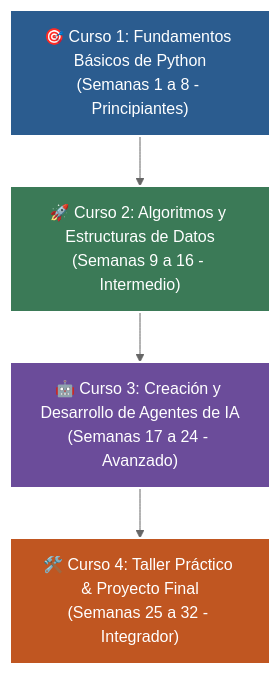
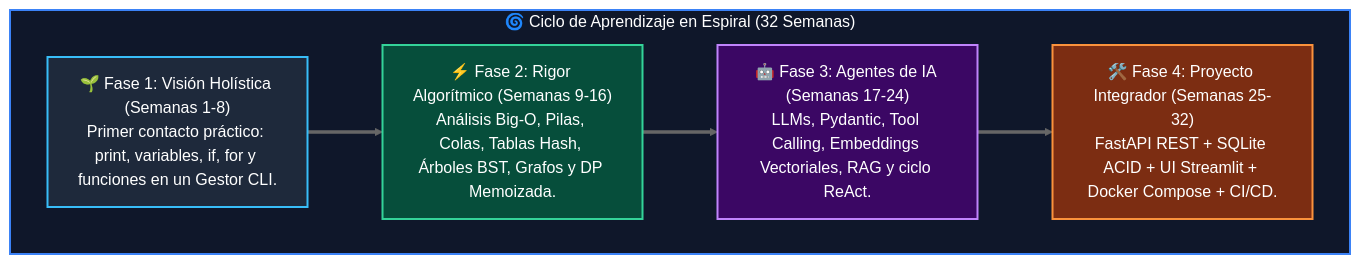
Before and after one commit to wisrovi/wisrovi-python: the diagram in docs/index.md, drawn with Mermaid (neutral theme). The commit also changed other lines of this file and 38 other files, not shown here.

Commit message:
docs(site): rebuild full MkDocs documentation site with updated canonical content, bespoke Mermaids, and Spiral Learning pedagogy

````diff
--- a/docs/index.md
+++ b/docs/index.md
@@ -19,11 +43,18 @@
 ```mermaid
 flowchart TD
-    C1["🎯 Curso 1: Fundamentos Básicos de Python<br/>(Semanas 1 a 8 - Principiantes)"] --> C2["🚀 Curso 2: Algoritmos y Estructuras de Datos<br/>(Semanas 9 a 16 - Intermedio)"]
-    C2 --> C3["🤖 Curso 3: Creación y Desarrollo de Agentes de IA<br/>(Semanas 17 a 24 - Avanzado)"]
-    C3 --> C4["🛠️ Curso 4: Taller Práctico & Proyecto Final<br/>(Semanas 25 a 32 - Integrador)"]
+    subgraph Espiral["🌀 Ciclo de Aprendizaje en Espiral (32 Semanas)"]
+        F1["🌱 Fase 1: Visión Holística (Semanas 1-8)<br/>Primer contacto práctico: print, variables, if, for y funciones en un Gestor CLI."]
+        F2["⚡ Fase 2: Rigor Algorítmico (Semanas 9-16)<br/>Análisis Big-O, Pilas, Colas, Tablas Hash, Árboles BST, Grafos y DP Memoizada."]
+        F3["🤖 Fase 3: Agentes de IA (Semanas 17-24)<br/>LLMs, Pydantic, Tool Calling, Embeddings Vectoriales, RAG y ciclo ReAct."]
+        F4["🛠️ Fase 4: Proyecto Integrador (Semanas 25-32)<br/>FastAPI REST + SQLite ACID + UI Streamlit + Docker Compose + CI/CD."]
+        F1 ==> F2
+        F2 ==> F3
+        F3 ==> F4
+    end
 
-    style C1 fill:#2b5c8f,color:#fff,stroke:#fff,stroke-width:2px
-    style C2 fill:#3b7a57,color:#fff,stroke:#fff,stroke-width:2px
-    style C3 fill:#6b4c9a,color:#fff,stroke:#fff,stroke-width:2px
-    style C4 fill:#c05621,color:#fff,stroke:#fff,stroke-width:2px
+    style Espiral fill:#0f172a,stroke:#3b82f6,stroke-width:2px,color:#ffffff
+    style F1 fill:#1e293b,stroke:#38bdf8,stroke-width:2px,color:#ffffff
+    style F2 fill:#064e3b,stroke:#34d399,stroke-width:2px,color:#ffffff
+    style F3 fill:#3b0764,stroke:#c084fc,stroke-width:2px,color:#ffffff
+    style F4 fill:#7c2d12,stroke:#fb923c,stroke-width:2px,color:#ffffff
 ```
````
